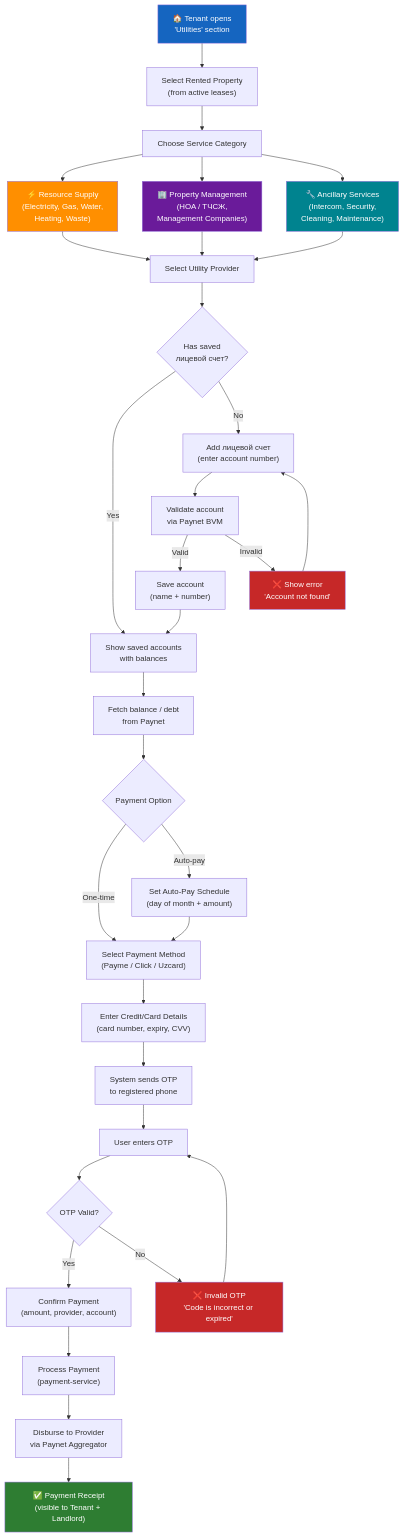
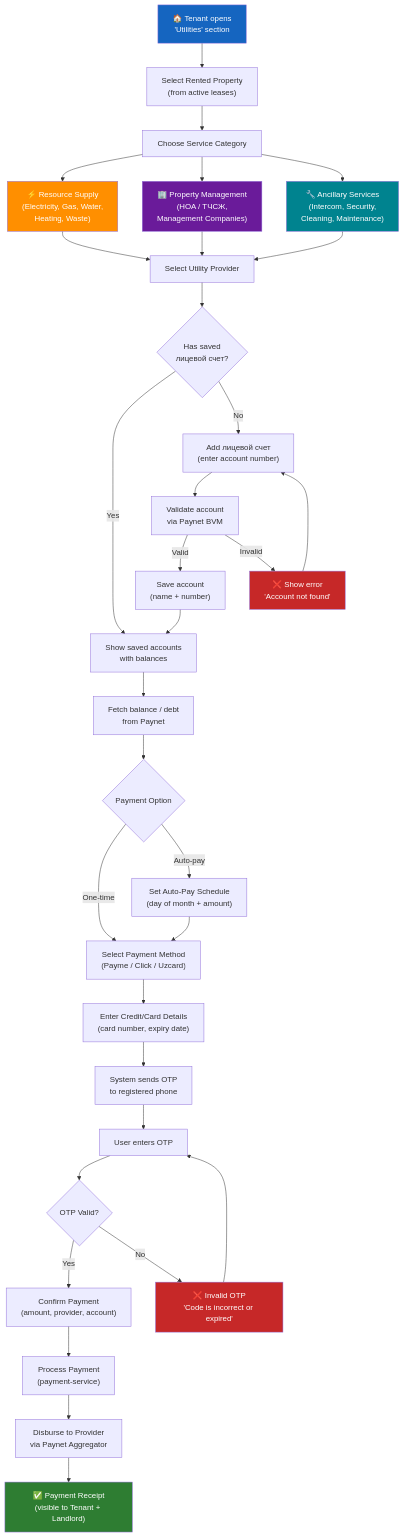
Before and after one commit to saodatm-dev/Utilities---Informational-Architecture: the first of 13 diagrams in utilities-payment-userflow.md, drawn with Mermaid.

Commit message:
Delete an unspecified file.

````diff
--- a/utilities-payment-userflow.md
+++ b/utilities-payment-userflow.md
@@ -27,55 +27,55 @@
 ```mermaid
 flowchart TD
     START["🏠 Tenant opens<br/>'Utilities' section"] --> SELECT_PROP["Select Rented Property<br/>(from active leases)"]
 
     SELECT_PROP --> TABS["Choose Service Category"]
 
     TABS --> TAB1["⚡ Resource Supply<br/>(Electricity, Gas, Water,<br/>Heating, Waste)"]
     TABS --> TAB2["🏢 Property Management<br/>(HOA / ТЧСЖ,<br/>Management Companies)"]
     TABS --> TAB3["🔧 Ancillary Services<br/>(Intercom, Security,<br/>Cleaning, Maintenance)"]
 
     TAB1 --> PROVIDER["Select Utility Provider"]
     TAB2 --> PROVIDER
     TAB3 --> PROVIDER
 
     PROVIDER --> ACCOUNT{"Has saved<br/>лицевой счет?"}
 
     ACCOUNT -->|"Yes"| SAVED["Show saved accounts<br/>with balances"]
     ACCOUNT -->|"No"| ADD["Add лицевой счет<br/>(enter account number)"]
 
     ADD --> VALIDATE["Validate account<br/>via Paynet BVM"]
     VALIDATE -->|"Valid"| SAVE["Save account<br/>(name + number)"]
     VALIDATE -->|"Invalid"| ERROR["❌ Show error<br/>'Account not found'"]
     ERROR --> ADD
 
     SAVE --> SAVED
     SAVED --> AMOUNT["Fetch balance / debt<br/>from Paynet"]
 
     AMOUNT --> PAY_OPTS{"Payment Option"}
     PAY_OPTS -->|"One-time"| SELECT_METHOD["Select Payment Method<br/>(Payme / Click / Uzcard)"]
     PAY_OPTS -->|"Auto-pay"| SCHEDULE["Set Auto-Pay Schedule<br/>(day of month + amount)"]
 
     SCHEDULE --> SELECT_METHOD
-    SELECT_METHOD --> CARD_DETAILS["Enter Credit/Card Details<br/>(card number, expiry, CVV)"]
+    SELECT_METHOD --> CARD_DETAILS["Enter Credit/Card Details<br/>(card number, expiry date)"]
 
     CARD_DETAILS --> SEND_OTP["System sends OTP<br/>to registered phone"]
     SEND_OTP --> ENTER_OTP["User enters OTP"]
     ENTER_OTP --> OTP_CHECK{"OTP Valid?"}
 
     OTP_CHECK -->|"Yes"| CONFIRM["Confirm Payment<br/>(amount, provider, account)"]
     OTP_CHECK -->|"No"| OTP_ERROR["❌ Invalid OTP<br/>'Code is incorrect or expired'"]
     OTP_ERROR --> ENTER_OTP
 
     CONFIRM --> PROCESS["Process Payment<br/>(payment-service)"]
     PROCESS --> PAYNET["Disburse to Provider<br/>via Paynet Aggregator"]
 
     PAYNET --> RECEIPT["✅ Payment Receipt<br/>(visible to Tenant + Landlord)"]
 
     style START fill:#1565C0,color:#fff
     style RECEIPT fill:#2E7D32,color:#fff
     style ERROR fill:#C62828,color:#fff
     style OTP_ERROR fill:#C62828,color:#fff
     style TAB1 fill:#FF8F00,color:#fff
     style TAB2 fill:#6A1B9A,color:#fff
     style TAB3 fill:#00838F,color:#fff
 ```
````
